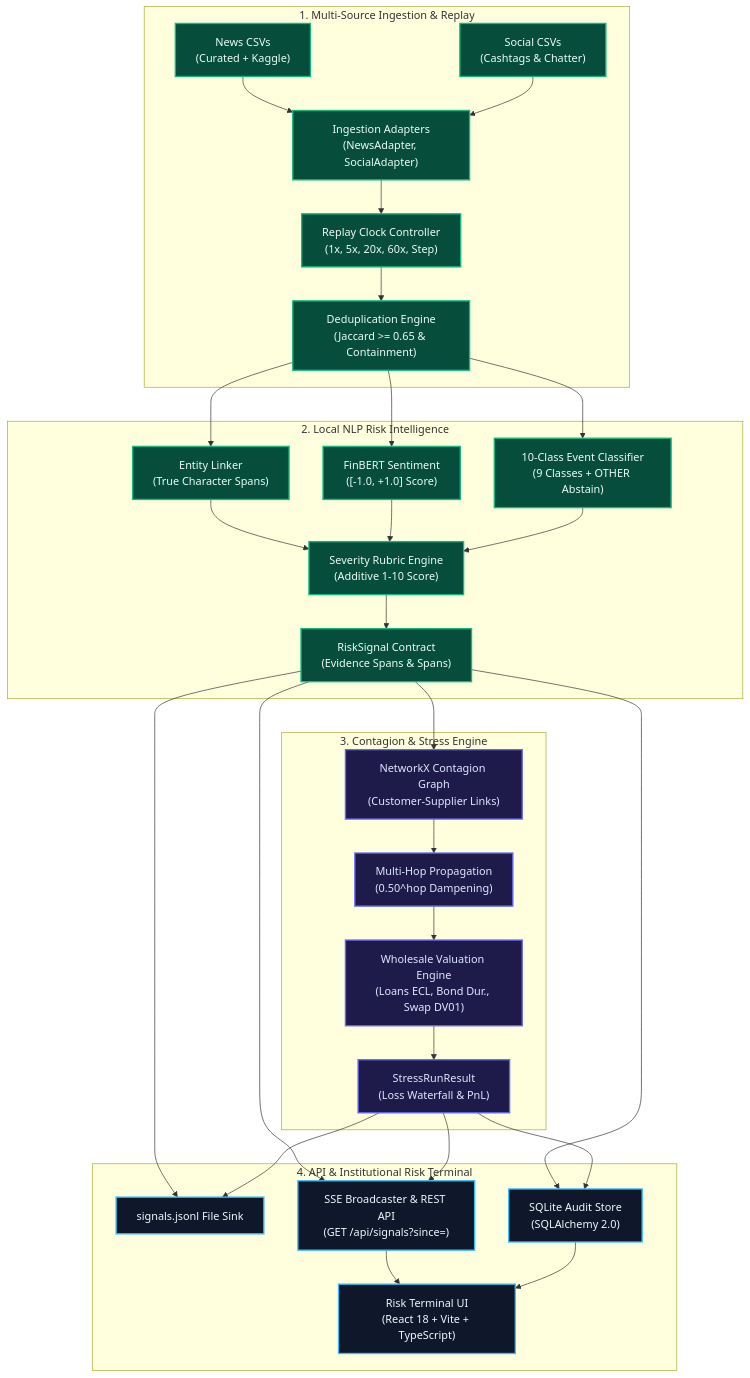
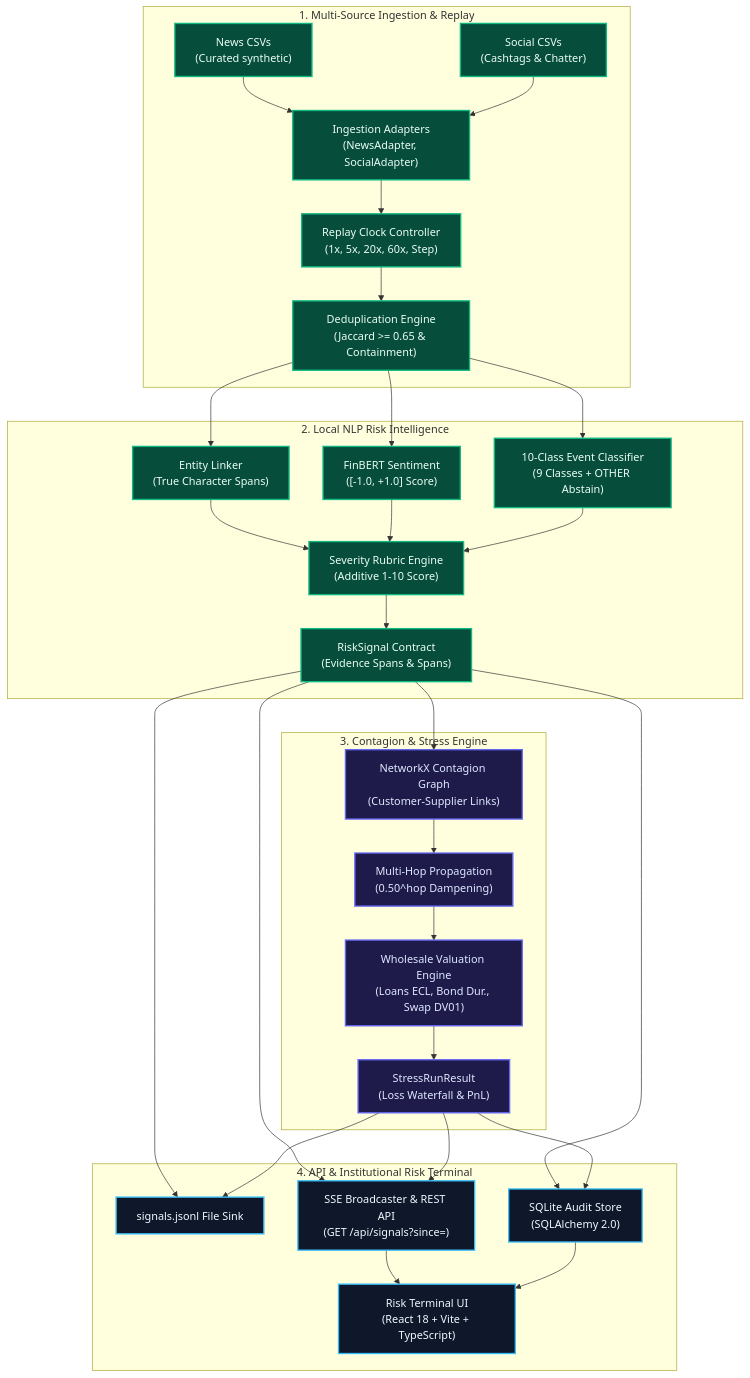
The diagram in README.md (amaannn08/iit-kharagpur-aman-gupta-hackathon), drawn with Mermaid before and after one commit. The commit also changed other lines of this file and 21 other files, not shown here.

First line of the commit message:
fix(data): remove synthetic fixtures mislabeled as Kaggle data

````diff
--- a/README.md
+++ b/README.md
@@ -53,39 +52,39 @@
 ```mermaid
 flowchart TD
     subgraph Ingestion["1. Multi-Source Ingestion & Replay"]
-        N["News CSVs\n(Curated + Kaggle)"] --> ADAPT["Ingestion Adapters\n(NewsAdapter, SocialAdapter)"]
+        N["News CSVs\n(Curated synthetic)"] --> ADAPT["Ingestion Adapters\n(NewsAdapter, SocialAdapter)"]
         S["Social CSVs\n(Cashtags & Chatter)"] --> ADAPT
         ADAPT --> REPLAY["Replay Clock Controller\n(1x, 5x, 20x, 60x, Step)"]
         REPLAY --> DEDUP["Deduplication Engine\n(Jaccard >= 0.65 & Containment)"]
     end
 
     subgraph NLP["2. Local NLP Risk Intelligence"]
         DEDUP --> ENT["Entity Linker\n(True Character Spans)"]
         DEDUP --> SENT["FinBERT Sentiment\n([-1.0, +1.0] Score)"]
         DEDUP --> EVT["10-Class Event Classifier\n(9 Classes + OTHER Abstain)"]
         ENT & SENT & EVT --> RUBRIC["Severity Rubric Engine\n(Additive 1-10 Score)"]
         RUBRIC --> SIG["RiskSignal Contract\n(Evidence Spans & Spans)"]
     end
 
     subgraph Contagion["3. Contagion & Stress Engine"]
         SIG --> GRAPH["NetworkX Contagion Graph\n(Customer-Supplier Links)"]
         GRAPH --> PROP["Multi-Hop Propagation\n(0.50^hop Dampening)"]
         PROP --> VAL["Wholesale Valuation Engine\n(Loans ECL, Bond Dur., Swap DV01)"]
         VAL --> RUN["StressRunResult\n(Loss Waterfall & PnL)"]
     end
 
     subgraph API_UI["4. API & Institutional Risk Terminal"]
         SIG & RUN --> SINK["signals.jsonl File Sink"]
         SIG & RUN --> SSE["SSE Broadcaster & REST API\n(GET /api/signals?since=)"]
         SIG & RUN --> DB["SQLite Audit Store\n(SQLAlchemy 2.0)"]
         SSE & DB --> UI["Risk Terminal UI\n(React 18 + Vite + TypeScript)"]
     end
 
     classDef active fill:#064e3b,stroke:#10b981,stroke-width:2px,color:#ecfdf5;
     classDef stress fill:#1e1b4b,stroke:#6366f1,stroke-width:2px,color:#e0e7ff;
     classDef ui fill:#0f172a,stroke:#38bdf8,stroke-width:2px,color:#f0f9ff;
 
     class N,S,ADAPT,REPLAY,DEDUP,ENT,SENT,EVT,RUBRIC,SIG active;
     class GRAPH,PROP,VAL,RUN stress;
     class SINK,SSE,DB,UI ui;
 ```
````
